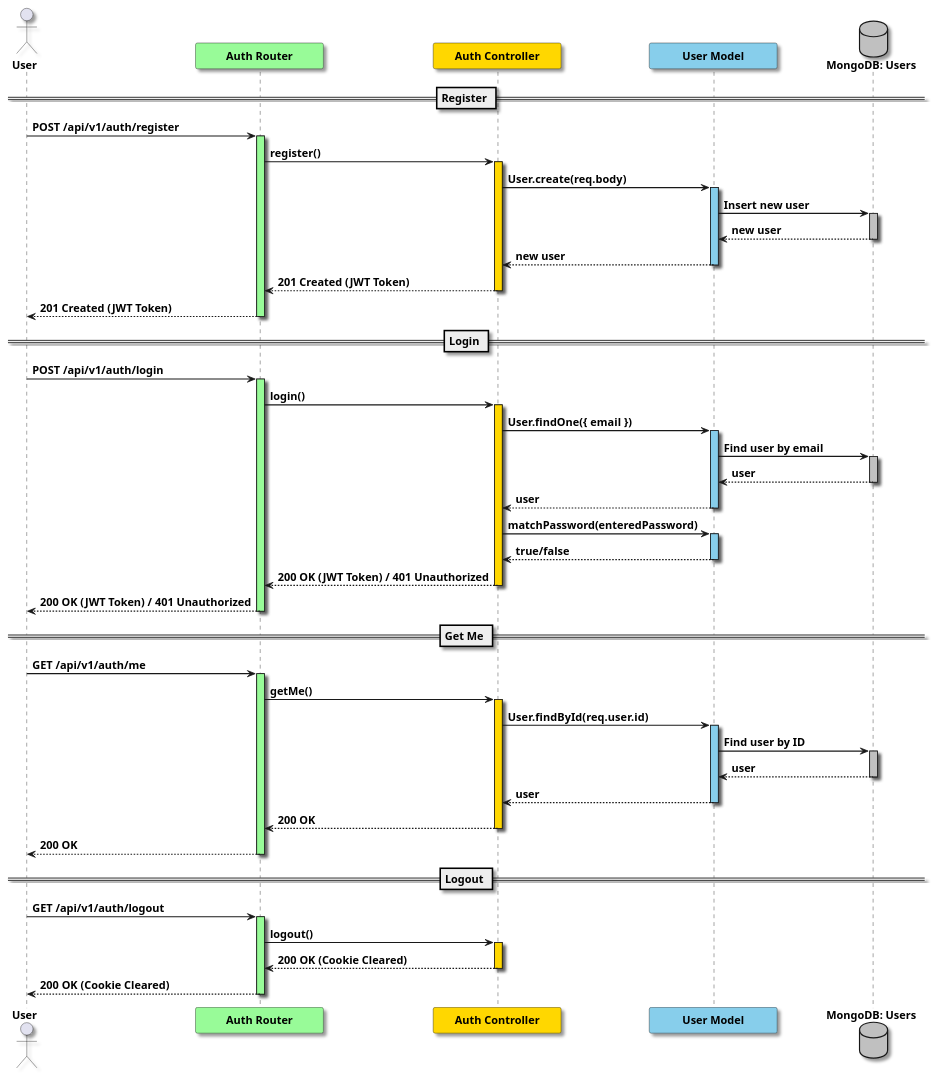
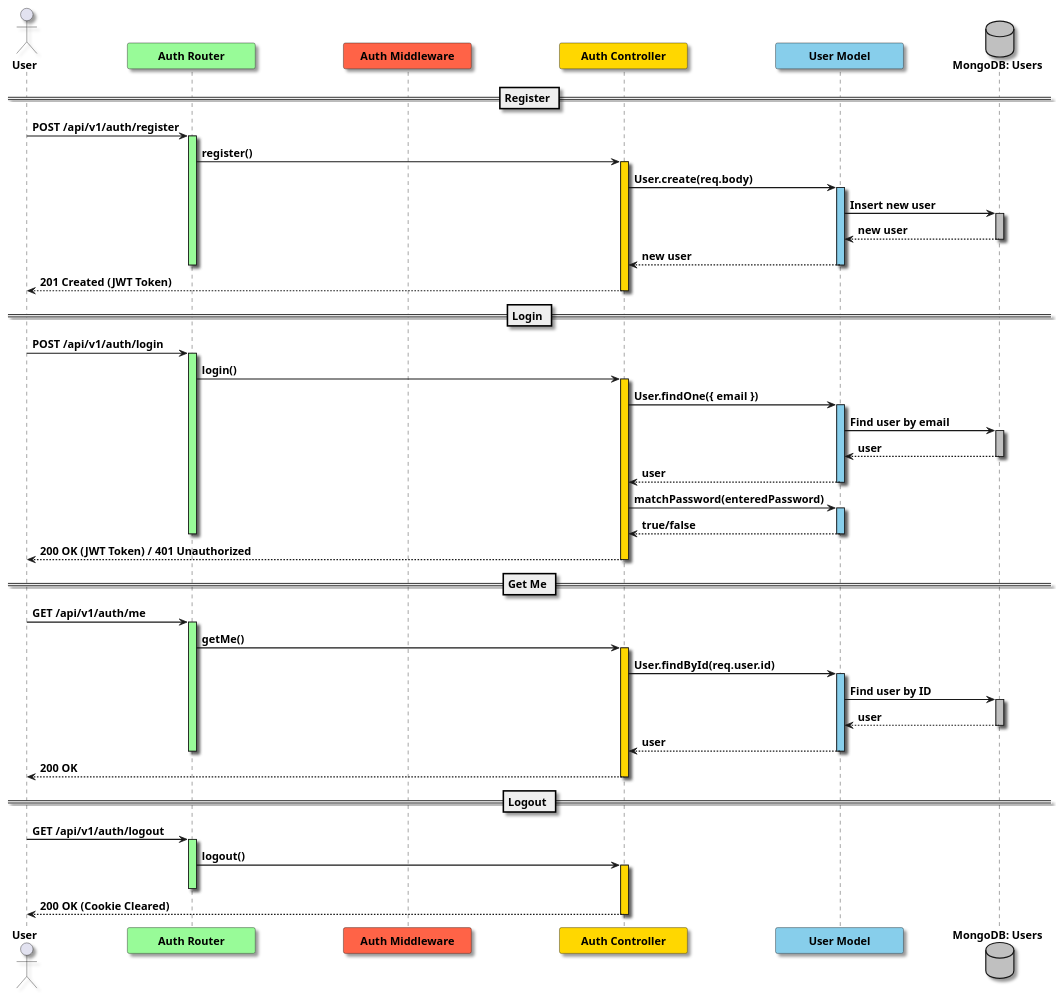
One commit to idknowwhy123/BackendDev-Project changed the diagram in PlantUML/sequanceAuth.puml. Above: the diagram before and after it, drawn with PlantUML. The commit also changed 5 other files, not shown here.

Commit message:
edit PlantUML

```diff
--- a/PlantUML/sequanceAuth.puml
+++ b/PlantUML/sequanceAuth.puml
@@ -1,87 +1,90 @@
 @startuml AuthAPI
 
 skinparam {
     defaultFontName Arial
     defaultFontSize 14
     shadowing true
     componentStyle uml2
     MinClassWidth 150
     ParticipantPadding 50
     ArrowThickness 1.5
 }
 
 actor "**User**" as User
 participant "**Auth Router**" as AR   #98FB98
+participant "**Auth Middleware**" as AM   #FF6347
 participant "**Auth Controller**" as AC #FFD700
 participant "**User Model**" as UM       #87CEEB
 database "**MongoDB: Users**" as DB #C0C0C0
 
 == Register ==
 User -> AR : **POST /api/v1/auth/register**
 activate AR #98FB98
 AR -> AC : **register()**
 activate AC #FFD700
 AC -> UM : **User.create(req.body)**
 activate UM #87CEEB
 UM -> DB : **Insert new user**
 activate DB #C0C0C0
 DB --> UM : **new user**
 deactivate DB
 UM --> AC : **new user**
 deactivate UM
-AC --> AR : **201 Created (JWT Token)**
+deactivate AR
+AC --> User : **201 Created (JWT Token)**
 deactivate AC
-AR --> User : **201 Created (JWT Token)**
-deactivate AR
+
+' AR --> User : **201 Created (JWT Token)**
+
 
 == Login ==
 User -> AR : **POST /api/v1/auth/login**
 activate AR #98FB98
 AR -> AC : **login()**
 activate AC #FFD700
 AC -> UM : **User.findOne({ email })**
 activate UM #87CEEB
 UM -> DB : **Find user by email**
 activate DB #C0C0C0
 DB --> UM : **user**
 deactivate DB
 UM --> AC : **user**
 deactivate UM
 AC -> UM : **matchPassword(enteredPassword)**
 activate UM #87CEEB
 UM --> AC : **true/false**
 deactivate UM
-AC --> AR : **200 OK (JWT Token) / 401 Unauthorized**
+deactivate AR
+AC --> User : **200 OK (JWT Token) / 401 Unauthorized**
 deactivate AC
-AR --> User : **200 OK (JWT Token) / 401 Unauthorized**
-deactivate AR
+
 
 == Get Me ==
 User -> AR : **GET /api/v1/auth/me**
 activate AR #98FB98
 AR -> AC : **getMe()**
 activate AC #FFD700
 AC -> UM : **User.findById(req.user.id)**
 activate UM #87CEEB
 UM -> DB : **Find user by ID**
 activate DB #C0C0C0
 DB --> UM : **user**
 deactivate DB
 UM --> AC : **user**
 deactivate UM
-AC --> AR : **200 OK**
+deactivate AR
+AC --> User : **200 OK**
 deactivate AC
-AR --> User : **200 OK**
-deactivate AR
+
 
 == Logout ==
 User -> AR : **GET /api/v1/auth/logout**
 activate AR #98FB98
 AR -> AC : **logout()**
 activate AC #FFD700
-AC --> AR : **200 OK (Cookie Cleared)**
+deactivate AR
+AC --> User : **200 OK (Cookie Cleared)**
 deactivate AC
-AR --> User : **200 OK (Cookie Cleared)**
-deactivate AR
+
 
 @enduml
```
